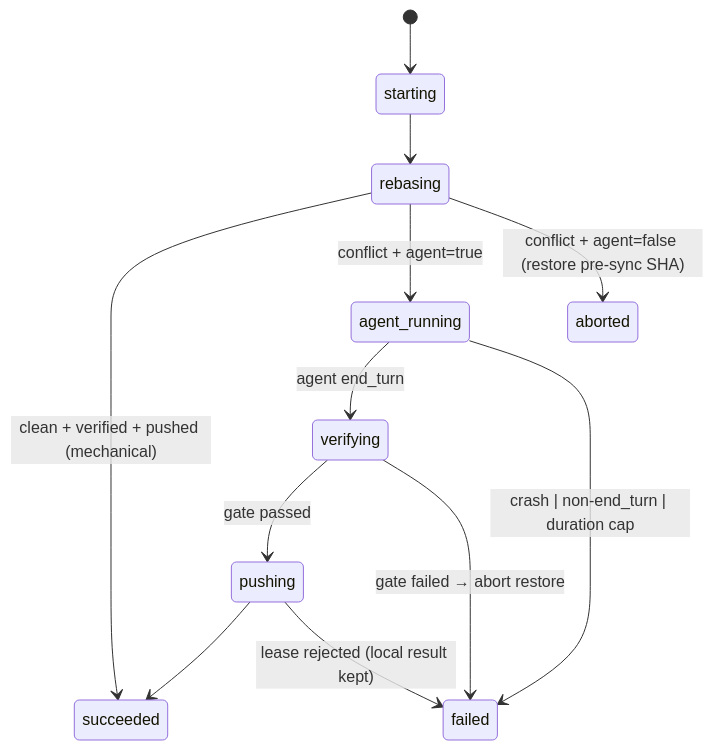
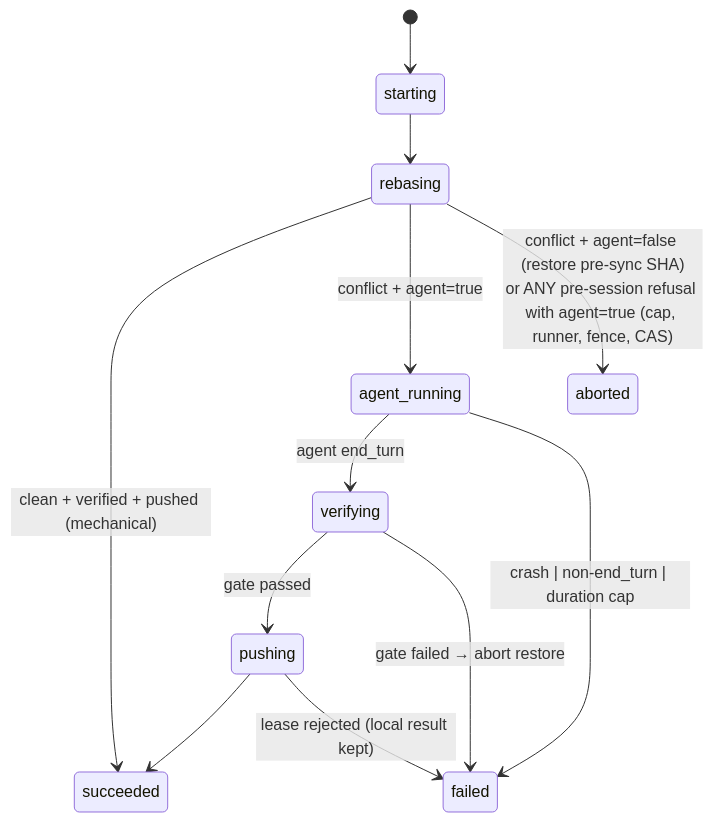
One commit to maister-dev/maister changed the second of 6 diagrams in docs/system-analytics/branch-sync.md. Above: the diagram before and after it, drawn with Mermaid. The commit also changed 16 other files, not shown here.

````diff
--- a/docs/system-analytics/branch-sync.md
+++ b/docs/system-analytics/branch-sync.md
@@ -57,14 +57,14 @@
 ```mermaid
 stateDiagram-v2
     [*] --> starting
     starting --> rebasing
     rebasing --> succeeded: clean + verified + pushed (mechanical)
     rebasing --> agent_running: conflict + agent=true
-    rebasing --> aborted: conflict + agent=false (restore pre-sync SHA)
+    rebasing --> aborted: conflict + agent=false (restore pre-sync SHA)<br/>or ANY pre-session refusal with agent=true (cap, runner, fence, CAS)
     agent_running --> verifying: agent end_turn
     verifying --> pushing: gate passed
     verifying --> failed: gate failed → abort restore
     pushing --> succeeded
     pushing --> failed: lease rejected (local result kept)
     agent_running --> failed: crash | non-end_turn | duration cap
 ```
````
